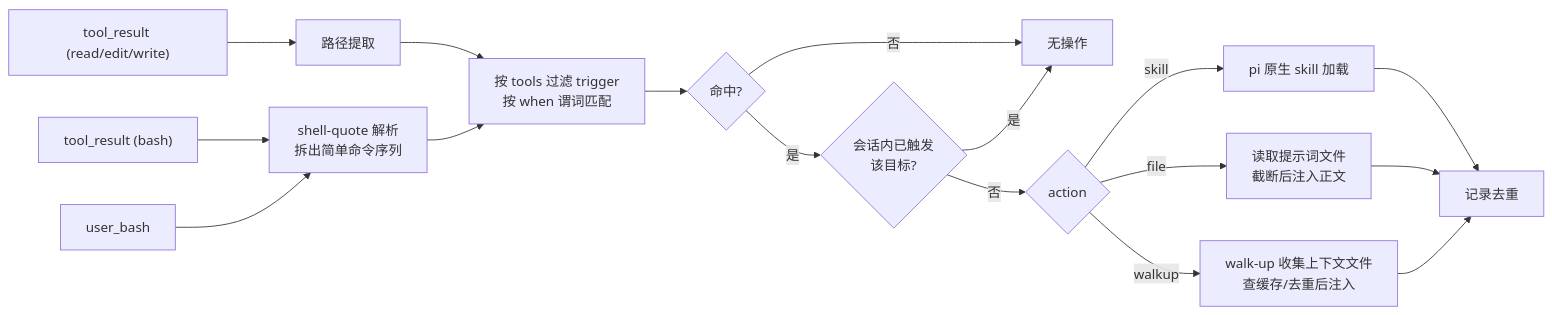
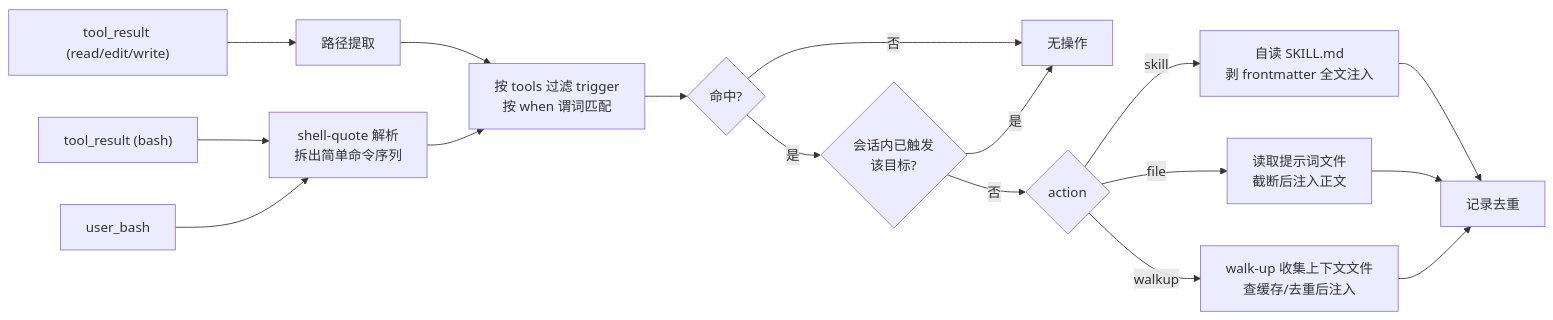
The diagram in docs/design.md (YewFence/pi-cues), drawn with Mermaid before and after one commit. The commit also changed other lines of this file and 23 other files, not shown here.

````diff
--- a/docs/design.md
+++ b/docs/design.md
@@ -38,19 +38,19 @@
 ```mermaid
 flowchart LR
     A["tool_result (bash)"] --> B["shell-quote 解析\n拆出简单命令序列"]
     A2["user_bash"] --> B
     A3["tool_result (read/edit/write)"] --> B2["路径提取"]
     B2 --> C
     B --> C["按 tools 过滤 trigger\n按 when 谓词匹配"]
     C --> D{"命中?"}
     D -- 否 --> X[无操作]
     D -- 是 --> E{"会话内已触发\n该目标?"}
     E -- 是 --> X
     E -- 否 --> F{"action"}
-    F -- skill --> G["pi 原生 skill 加载"]
+    F -- skill --> G["自读 SKILL.md\n剥 frontmatter 全文注入"]
     F -- file --> H["读取提示词文件\n截断后注入正文"]
     F -- walkup --> H2["walk-up 收集上下文文件\n查缓存/去重后注入"]
     G --> I["记录去重"]
     H --> I
     H2 --> I
 ```
````
